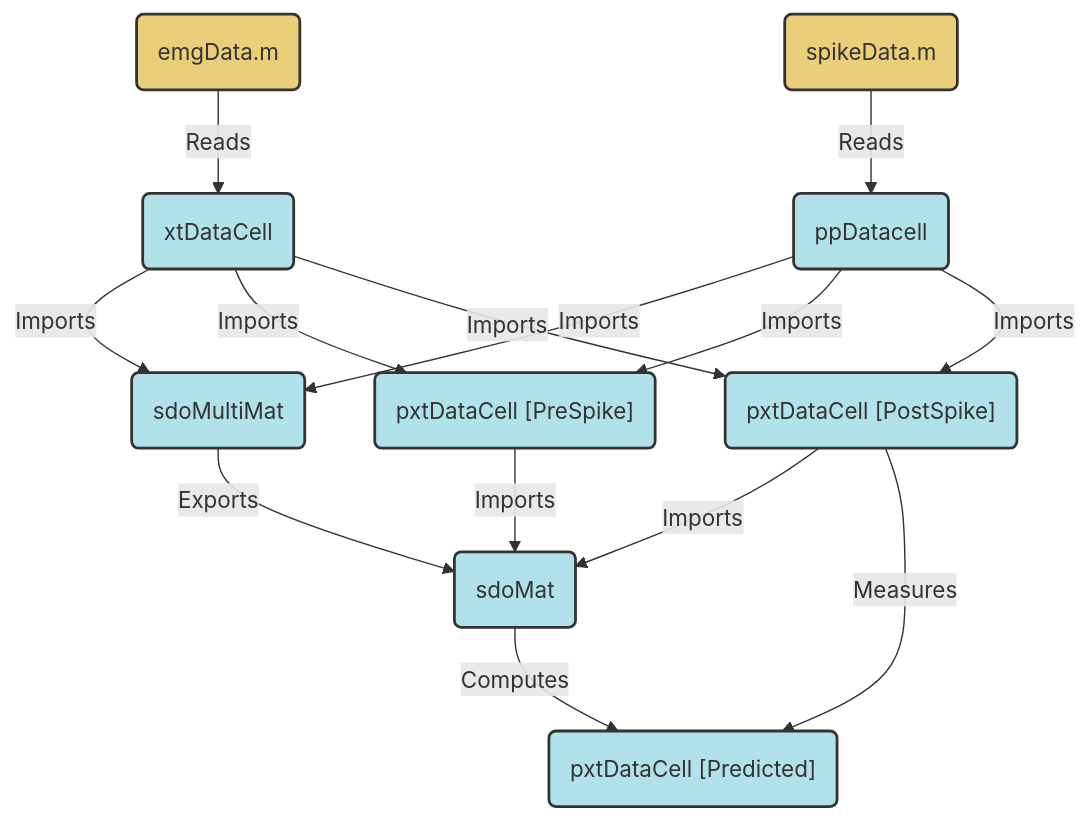
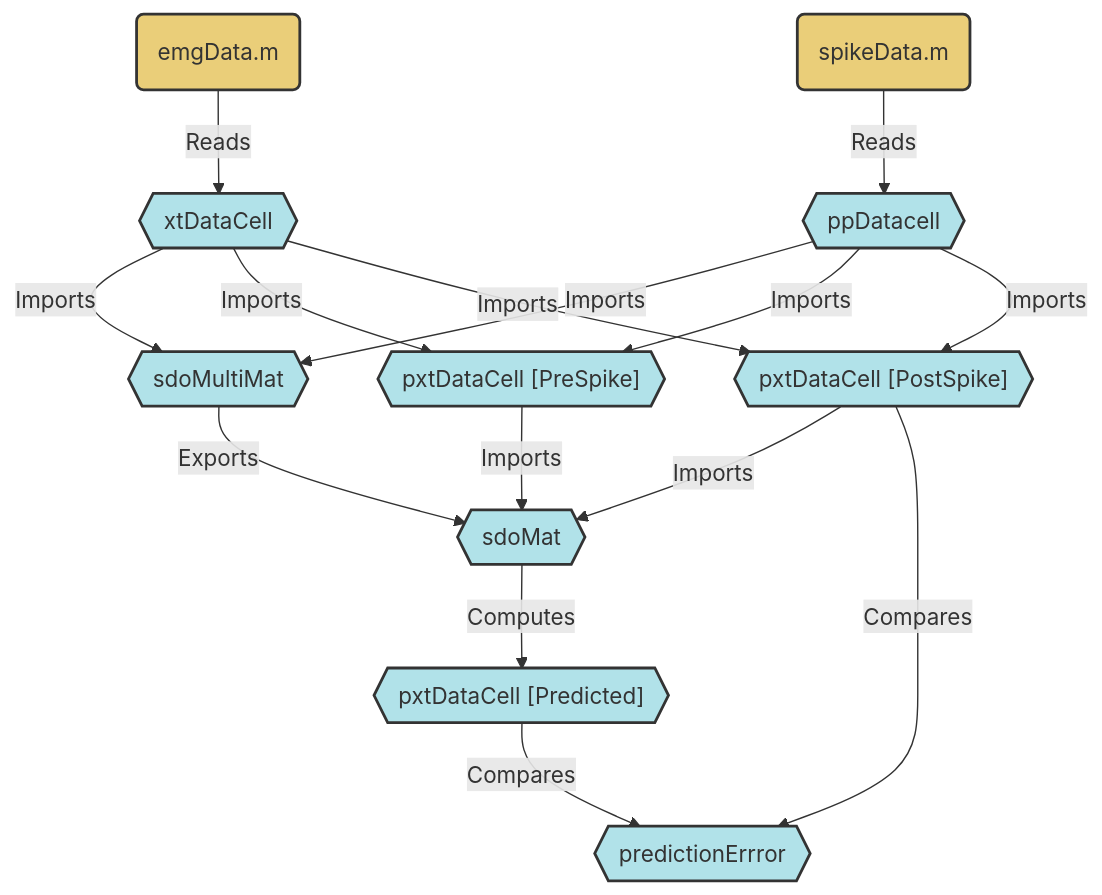
One commit to GiszterLab/SdoAnalysisToolkit changed the diagram in sat-master/documentation/docs/analysis/overview.md. Above: the diagram before and after it, drawn with Mermaid. The commit also changed other lines of this file and 36 other files, not shown here.

````diff
--- a/sat-master/documentation/docs/analysis/overview.md
+++ b/sat-master/documentation/docs/analysis/overview.md
@@ -8,33 +8,35 @@
 ``` mermaid
 
 flowchart TD
+
+%% {init: {'flowchart' : {'curve' : 'linear'}}}%%
 
 %% Define styles - CONSERVED!
 classDef dataObj fill: #EACE79,stroke:#333,stroke-width:2px; 
 classDef codeObj fill: #90B963,stroke:#333,stroke-width:2px;
 classDef classObj fill: #B1E2E9,stroke:#333,stroke-width:2px;
 classDef paramObj fill: #D6766F,stroke:#333,stroke-width:2px
 
 %% Insert diagram here. 
    
-A("emgData.m") --Reads--> B("xtDataCell")
-C("spikeData.m")--Reads--> D("ppDatacell")
-D--Imports-->E("sdoMultiMat")
+A("emgData.m") --Reads--> B{{"xtDataCell"}}
+C("spikeData.m")--Reads--> D{{"ppDatacell"}}
+D--Imports-->E{{"sdoMultiMat"}}
 B--Imports-->E
-B--Imports-->F("pxtDataCell [PreSpike]")
-B--Imports-->G("pxtDataCell [PostSpike]")
+B--Imports-->F{{"pxtDataCell [PreSpike]"}}
+B--Imports-->G{{"pxtDataCell [PostSpike]"}}
 D--Imports-->F
 D--Imports-->G
-E--Exports-->H("sdoMat")
+E--Exports-->H{{"sdoMat"}}
 F--Imports-->H
 G--Imports-->H
-H--Computes-->I("pxtDataCell [Predicted]")
-G--Measures-->I
+H--Computes-->J{{"pxtDataCell [Predicted]"}}
+G--Compares-->I{{"predictionErrror"}}
+J--Compares-->I
 
 %% Assign classes to Nodes
 class A,C dataObj;
 class _ codeObj;
-class B,D,E,F,G,H,I classObj;
+class B,D,E,F,G,H,I,J classObj;
 class 01,02,03 paramObj;
-
 ```
````
